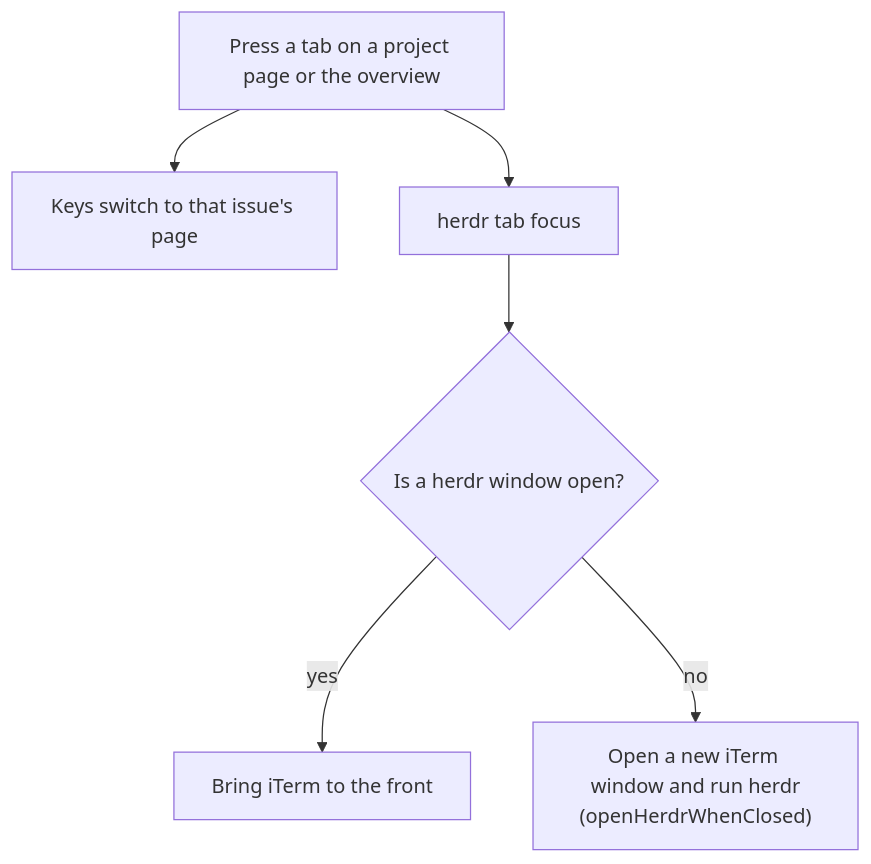
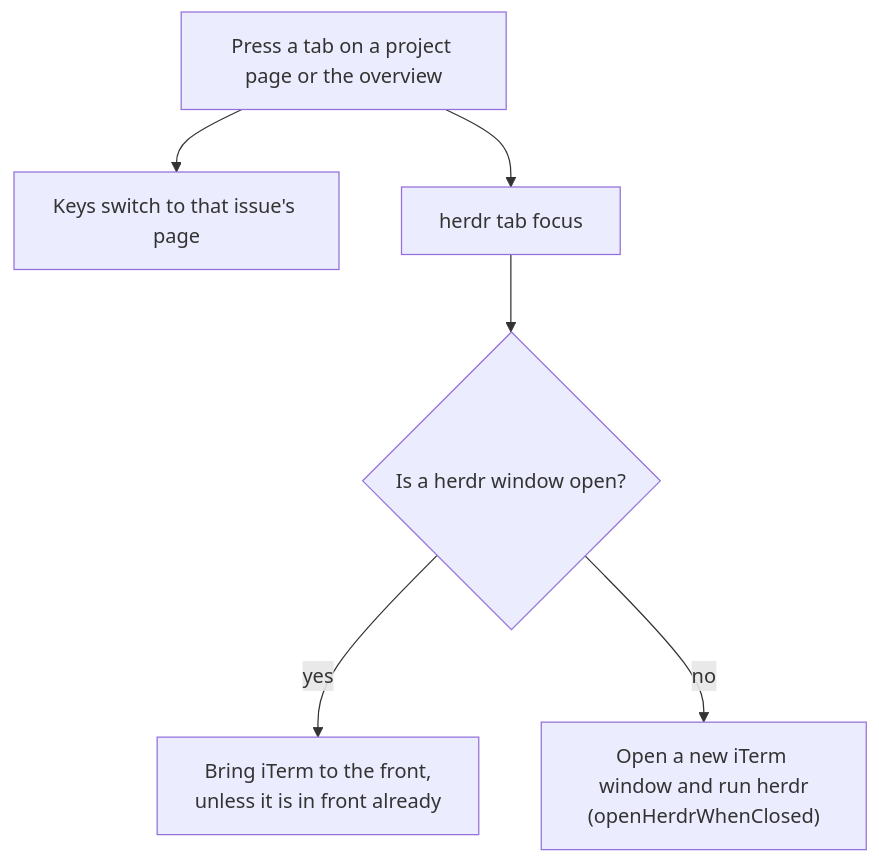
The third of 6 diagrams in docs/flows.md (PieterLuypaert/helm), drawn with Mermaid before and after one commit. The commit also changed other lines of this file and 4 other files, not shown here.

````diff
--- a/docs/flows.md
+++ b/docs/flows.md
@@ -102,8 +104,8 @@
 ```mermaid
 flowchart TD
     press["Press a tab on a project page or the overview"] --> keys["Keys switch to that issue's page"]
     press --> focus["herdr tab focus"]
     focus --> window{"Is a herdr window open?"}
-    window -->|yes| front["Bring iTerm to the front"]
+    window -->|yes| front["Bring iTerm to the front,<br/>unless it is in front already"]
     window -->|no| open["Open a new iTerm window and run herdr<br/>(openHerdrWhenClosed)"]
 ```
````
